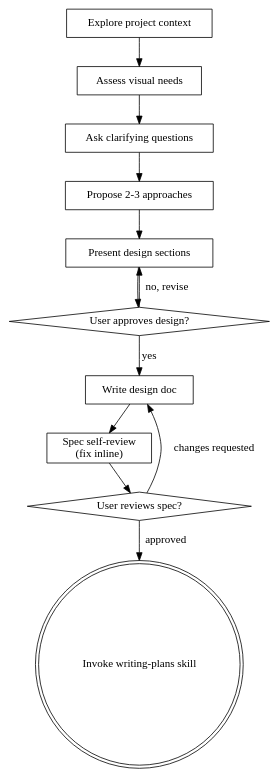
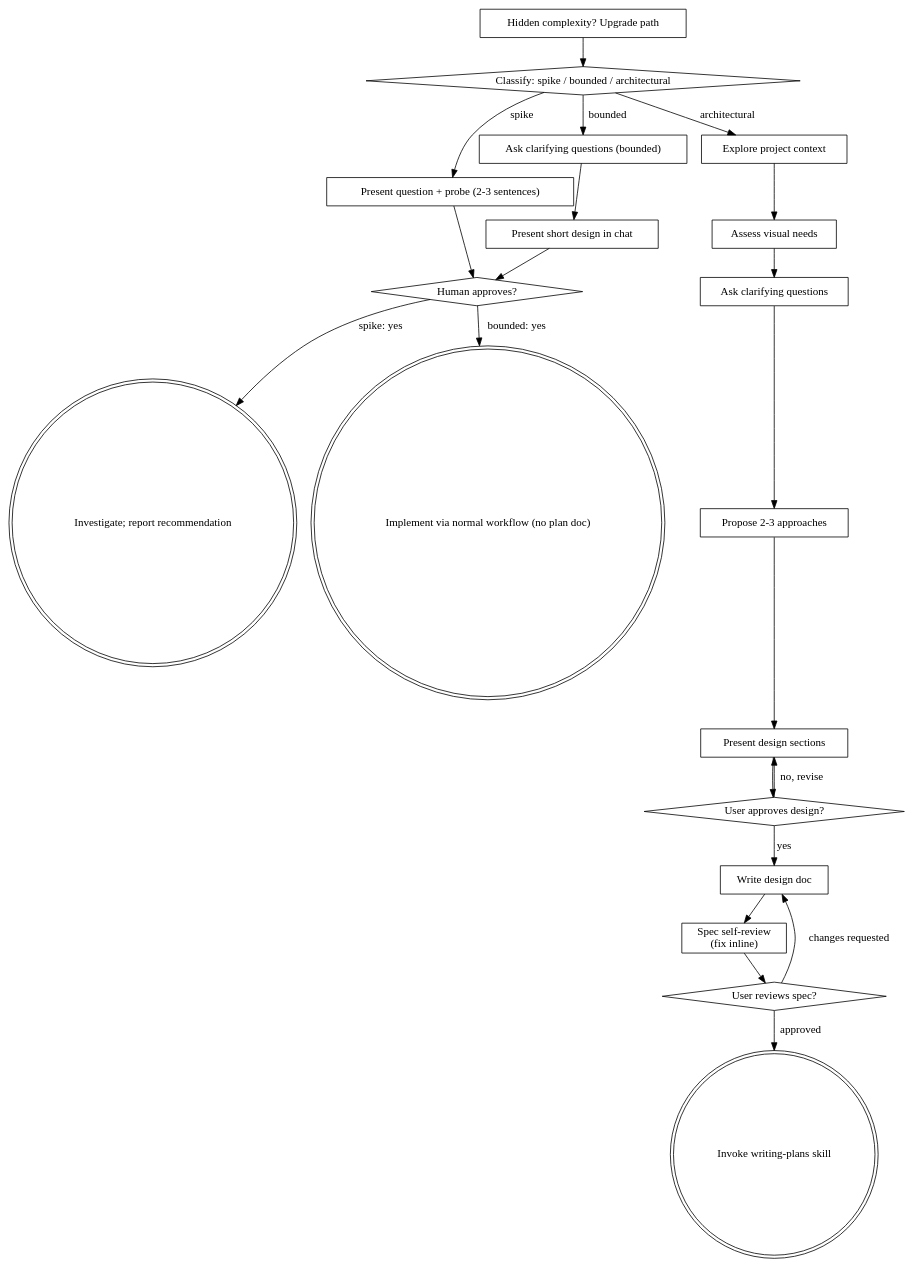
One commit to erukolya/superpowers-antigravity changed the diagram in skills/brainstorming/SKILL.md. Above: the diagram before and after it, drawn with Graphviz. The commit also changed other lines of this file, not shown here.

````diff
--- a/skills/brainstorming/SKILL.md
+++ b/skills/brainstorming/SKILL.md
@@ -37,26 +114,43 @@
 ```dot
 digraph brainstorming {
+    "Classify: spike / bounded / architectural" [shape=diamond];
+    "Present question + probe (2-3 sentences)" [shape=box];
+    "Ask clarifying questions (bounded)" [shape=box];
+    "Present short design in chat" [shape=box];
+    "Human approves?" [shape=diamond];
+    "Investigate; report recommendation" [shape=doublecircle];
+    "Implement via normal workflow (no plan doc)" [shape=doublecircle];
     "Explore project context" [shape=box];
     "Assess visual needs" [shape=box];
     "Ask clarifying questions" [shape=box];
     "Propose 2-3 approaches" [shape=box];
     "Present design sections" [shape=box];
     "User approves design?" [shape=diamond];
     "Write design doc" [shape=box];
     "Spec self-review\n(fix inline)" [shape=box];
     "User reviews spec?" [shape=diamond];
     "Invoke writing-plans skill" [shape=doublecircle];
+    "Hidden complexity? Upgrade path" [shape=box];
 
+    "Classify: spike / bounded / architectural" -> "Present question + probe (2-3 sentences)" [label="spike"];
+    "Classify: spike / bounded / architectural" -> "Ask clarifying questions (bounded)" [label="bounded"];
+    "Classify: spike / bounded / architectural" -> "Explore project context" [label="architectural"];
+    "Present question + probe (2-3 sentences)" -> "Human approves?";
+    "Ask clarifying questions (bounded)" -> "Present short design in chat";
+    "Present short design in chat" -> "Human approves?";
+    "Human approves?" -> "Investigate; report recommendation" [label="spike: yes"];
+    "Human approves?" -> "Implement via normal workflow (no plan doc)" [label="bounded: yes"];
+    "Hidden complexity? Upgrade path" -> "Classify: spike / bounded / architectural";
     "Explore project context" -> "Assess visual needs";
     "Assess visual needs" -> "Ask clarifying questions";
     "Ask clarifying questions" -> "Propose 2-3 approaches";
     "Propose 2-3 approaches" -> "Present design sections";
     "Present design sections" -> "User approves design?";
     "User approves design?" -> "Present design sections" [label="no, revise"];
     "User approves design?" -> "Write design doc" [label="yes"];
     "Write design doc" -> "Spec self-review\n(fix inline)";
     "Spec self-review\n(fix inline)" -> "User reviews spec?";
     "User reviews spec?" -> "Write design doc" [label="changes requested"];
     "User reviews spec?" -> "Invoke writing-plans skill" [label="approved"];
 }
 ```
````
